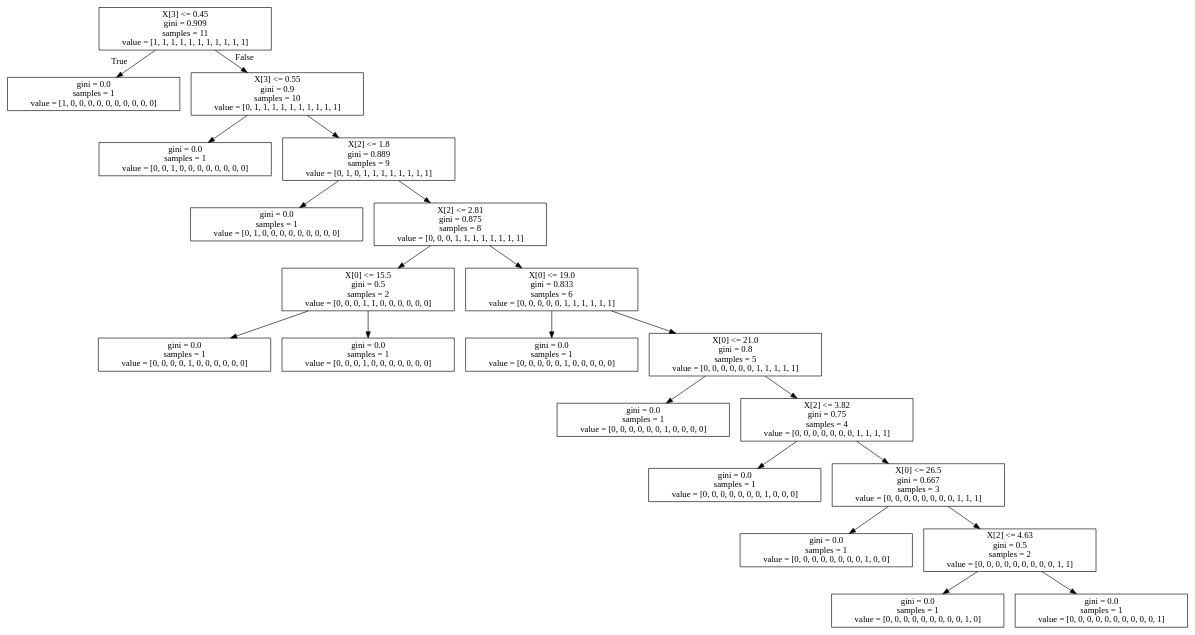
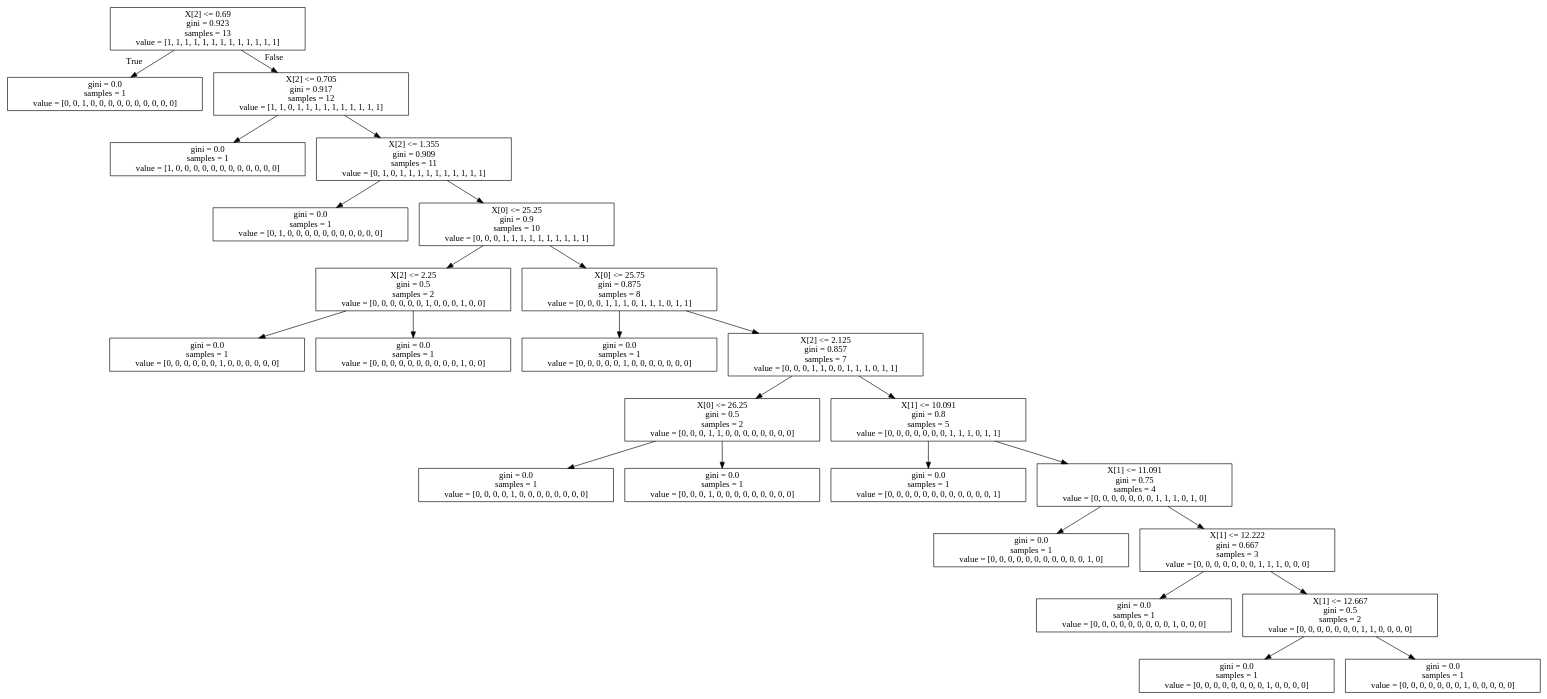
One commit to CUBoulder-2019Sp-IML4HCI/FinalProject-PersonalizedHealth changed the diagram in mldev/sample.dot. Above: the diagram before and after it, drawn with Graphviz. The commit also changed 7 other files, not shown here.

```diff
--- a/mldev/sample.dot
+++ b/mldev/sample.dot
@@ -1,44 +1,52 @@
 digraph Tree {
 node [shape=box] ;
-0 [label="X[3] <= 0.45\ngini = 0.909\nsamples = 11\nvalue = [1, 1, 1, 1, 1, 1, 1, 1, 1, 1, 1]"] ;
-1 [label="gini = 0.0\nsamples = 1\nvalue = [1, 0, 0, 0, 0, 0, 0, 0, 0, 0, 0]"] ;
+0 [label="X[2] <= 0.69\ngini = 0.923\nsamples = 13\nvalue = [1, 1, 1, 1, 1, 1, 1, 1, 1, 1, 1, 1, 1]"] ;
+1 [label="gini = 0.0\nsamples = 1\nvalue = [0, 0, 1, 0, 0, 0, 0, 0, 0, 0, 0, 0, 0]"] ;
 0 -> 1 [labeldistance=2.5, labelangle=45, headlabel="True"] ;
-2 [label="X[3] <= 0.55\ngini = 0.9\nsamples = 10\nvalue = [0, 1, 1, 1, 1, 1, 1, 1, 1, 1, 1]"] ;
+2 [label="X[2] <= 0.705\ngini = 0.917\nsamples = 12\nvalue = [1, 1, 0, 1, 1, 1, 1, 1, 1, 1, 1, 1, 1]"] ;
 0 -> 2 [labeldistance=2.5, labelangle=-45, headlabel="False"] ;
-3 [label="gini = 0.0\nsamples = 1\nvalue = [0, 0, 1, 0, 0, 0, 0, 0, 0, 0, 0]"] ;
+3 [label="gini = 0.0\nsamples = 1\nvalue = [1, 0, 0, 0, 0, 0, 0, 0, 0, 0, 0, 0, 0]"] ;
 2 -> 3 ;
-4 [label="X[2] <= 1.8\ngini = 0.889\nsamples = 9\nvalue = [0, 1, 0, 1, 1, 1, 1, 1, 1, 1, 1]"] ;
+4 [label="X[2] <= 1.355\ngini = 0.909\nsamples = 11\nvalue = [0, 1, 0, 1, 1, 1, 1, 1, 1, 1, 1, 1, 1]"] ;
 2 -> 4 ;
-5 [label="gini = 0.0\nsamples = 1\nvalue = [0, 1, 0, 0, 0, 0, 0, 0, 0, 0, 0]"] ;
+5 [label="gini = 0.0\nsamples = 1\nvalue = [0, 1, 0, 0, 0, 0, 0, 0, 0, 0, 0, 0, 0]"] ;
 4 -> 5 ;
-6 [label="X[2] <= 2.81\ngini = 0.875\nsamples = 8\nvalue = [0, 0, 0, 1, 1, 1, 1, 1, 1, 1, 1]"] ;
+6 [label="X[0] <= 25.25\ngini = 0.9\nsamples = 10\nvalue = [0, 0, 0, 1, 1, 1, 1, 1, 1, 1, 1, 1, 1]"] ;
 4 -> 6 ;
-7 [label="X[0] <= 15.5\ngini = 0.5\nsamples = 2\nvalue = [0, 0, 0, 1, 1, 0, 0, 0, 0, 0, 0]"] ;
+7 [label="X[2] <= 2.25\ngini = 0.5\nsamples = 2\nvalue = [0, 0, 0, 0, 0, 0, 1, 0, 0, 0, 1, 0, 0]"] ;
 6 -> 7 ;
-8 [label="gini = 0.0\nsamples = 1\nvalue = [0, 0, 0, 0, 1, 0, 0, 0, 0, 0, 0]"] ;
+8 [label="gini = 0.0\nsamples = 1\nvalue = [0, 0, 0, 0, 0, 0, 1, 0, 0, 0, 0, 0, 0]"] ;
 7 -> 8 ;
-9 [label="gini = 0.0\nsamples = 1\nvalue = [0, 0, 0, 1, 0, 0, 0, 0, 0, 0, 0]"] ;
+9 [label="gini = 0.0\nsamples = 1\nvalue = [0, 0, 0, 0, 0, 0, 0, 0, 0, 0, 1, 0, 0]"] ;
 7 -> 9 ;
-10 [label="X[0] <= 19.0\ngini = 0.833\nsamples = 6\nvalue = [0, 0, 0, 0, 0, 1, 1, 1, 1, 1, 1]"] ;
+10 [label="X[0] <= 25.75\ngini = 0.875\nsamples = 8\nvalue = [0, 0, 0, 1, 1, 1, 0, 1, 1, 1, 0, 1, 1]"] ;
 6 -> 10 ;
-11 [label="gini = 0.0\nsamples = 1\nvalue = [0, 0, 0, 0, 0, 1, 0, 0, 0, 0, 0]"] ;
+11 [label="gini = 0.0\nsamples = 1\nvalue = [0, 0, 0, 0, 0, 1, 0, 0, 0, 0, 0, 0, 0]"] ;
 10 -> 11 ;
-12 [label="X[0] <= 21.0\ngini = 0.8\nsamples = 5\nvalue = [0, 0, 0, 0, 0, 0, 1, 1, 1, 1, 1]"] ;
+12 [label="X[2] <= 2.125\ngini = 0.857\nsamples = 7\nvalue = [0, 0, 0, 1, 1, 0, 0, 1, 1, 1, 0, 1, 1]"] ;
 10 -> 12 ;
-13 [label="gini = 0.0\nsamples = 1\nvalue = [0, 0, 0, 0, 0, 0, 1, 0, 0, 0, 0]"] ;
+13 [label="X[0] <= 26.25\ngini = 0.5\nsamples = 2\nvalue = [0, 0, 0, 1, 1, 0, 0, 0, 0, 0, 0, 0, 0]"] ;
 12 -> 13 ;
-14 [label="X[2] <= 3.82\ngini = 0.75\nsamples = 4\nvalue = [0, 0, 0, 0, 0, 0, 0, 1, 1, 1, 1]"] ;
-12 -> 14 ;
-15 [label="gini = 0.0\nsamples = 1\nvalue = [0, 0, 0, 0, 0, 0, 0, 1, 0, 0, 0]"] ;
-14 -> 15 ;
-16 [label="X[0] <= 26.5\ngini = 0.667\nsamples = 3\nvalue = [0, 0, 0, 0, 0, 0, 0, 0, 1, 1, 1]"] ;
-14 -> 16 ;
-17 [label="gini = 0.0\nsamples = 1\nvalue = [0, 0, 0, 0, 0, 0, 0, 0, 1, 0, 0]"] ;
+14 [label="gini = 0.0\nsamples = 1\nvalue = [0, 0, 0, 0, 1, 0, 0, 0, 0, 0, 0, 0, 0]"] ;
+13 -> 14 ;
+15 [label="gini = 0.0\nsamples = 1\nvalue = [0, 0, 0, 1, 0, 0, 0, 0, 0, 0, 0, 0, 0]"] ;
+13 -> 15 ;
+16 [label="X[1] <= 10.091\ngini = 0.8\nsamples = 5\nvalue = [0, 0, 0, 0, 0, 0, 0, 1, 1, 1, 0, 1, 1]"] ;
+12 -> 16 ;
+17 [label="gini = 0.0\nsamples = 1\nvalue = [0, 0, 0, 0, 0, 0, 0, 0, 0, 0, 0, 0, 1]"] ;
 16 -> 17 ;
-18 [label="X[2] <= 4.63\ngini = 0.5\nsamples = 2\nvalue = [0, 0, 0, 0, 0, 0, 0, 0, 0, 1, 1]"] ;
+18 [label="X[1] <= 11.091\ngini = 0.75\nsamples = 4\nvalue = [0, 0, 0, 0, 0, 0, 0, 1, 1, 1, 0, 1, 0]"] ;
 16 -> 18 ;
-19 [label="gini = 0.0\nsamples = 1\nvalue = [0, 0, 0, 0, 0, 0, 0, 0, 0, 1, 0]"] ;
+19 [label="gini = 0.0\nsamples = 1\nvalue = [0, 0, 0, 0, 0, 0, 0, 0, 0, 0, 0, 1, 0]"] ;
 18 -> 19 ;
-20 [label="gini = 0.0\nsamples = 1\nvalue = [0, 0, 0, 0, 0, 0, 0, 0, 0, 0, 1]"] ;
+20 [label="X[1] <= 12.222\ngini = 0.667\nsamples = 3\nvalue = [0, 0, 0, 0, 0, 0, 0, 1, 1, 1, 0, 0, 0]"] ;
 18 -> 20 ;
+21 [label="gini = 0.0\nsamples = 1\nvalue = [0, 0, 0, 0, 0, 0, 0, 0, 0, 1, 0, 0, 0]"] ;
+20 -> 21 ;
+22 [label="X[1] <= 12.667\ngini = 0.5\nsamples = 2\nvalue = [0, 0, 0, 0, 0, 0, 0, 1, 1, 0, 0, 0, 0]"] ;
+20 -> 22 ;
+23 [label="gini = 0.0\nsamples = 1\nvalue = [0, 0, 0, 0, 0, 0, 0, 0, 1, 0, 0, 0, 0]"] ;
+22 -> 23 ;
+24 [label="gini = 0.0\nsamples = 1\nvalue = [0, 0, 0, 0, 0, 0, 0, 1, 0, 0, 0, 0, 0]"] ;
+22 -> 24 ;
 }
```
